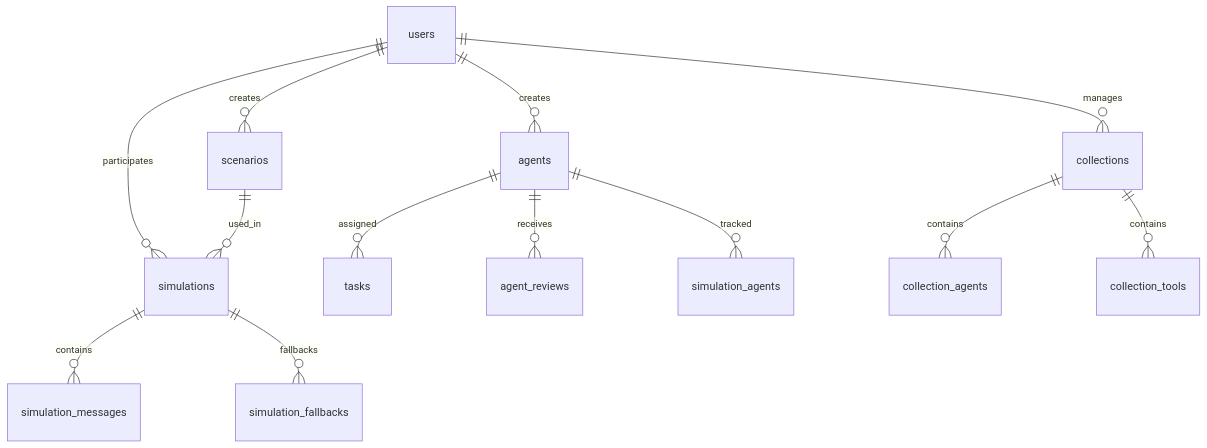
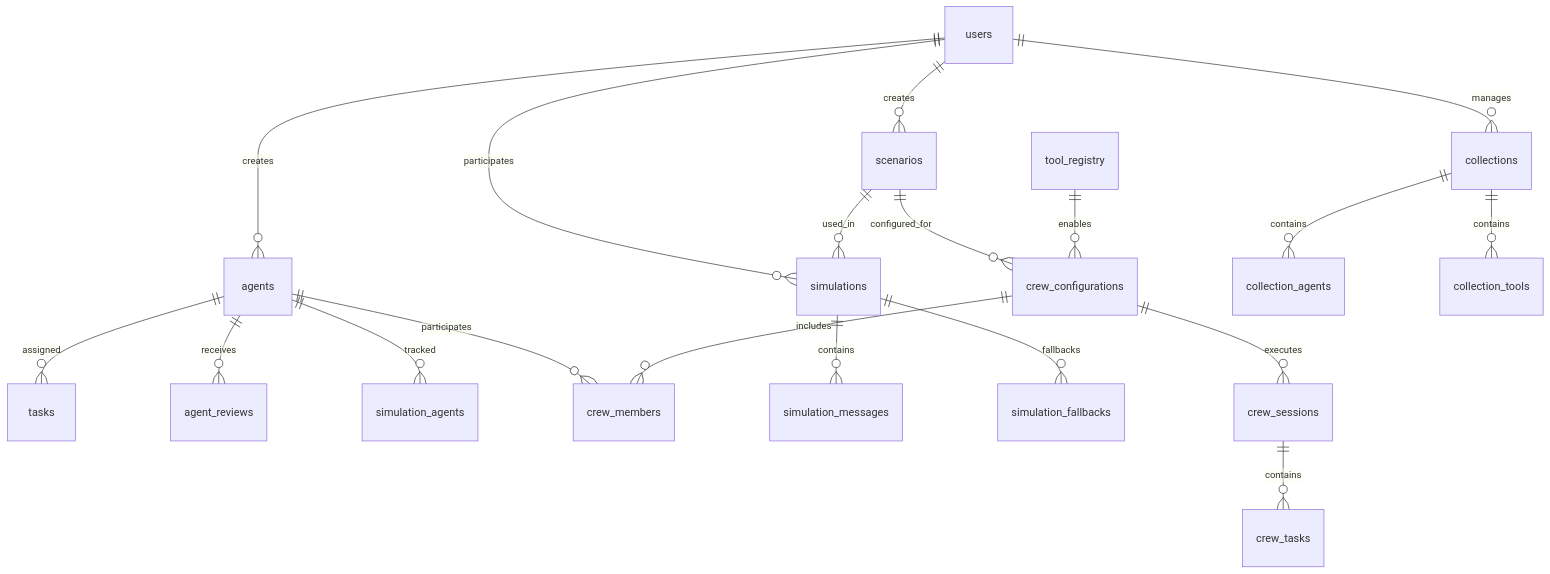
Before and after one commit to Sbcoit/forked-ai-agent-education-platform: the second of 5 diagrams in backend/docs/architecture/README.md, drawn with Mermaid. The commit also changed other lines of this file and 21 other files, not shown here.

First line of the commit message:
Major Architecture Update: CrewAI Alignment & Database Fixes

````diff
--- a/backend/docs/architecture/README.md
+++ b/backend/docs/architecture/README.md
@@ -123,18 +133,27 @@
 ```mermaid
 erDiagram
     users ||--o{ agents : creates
     users ||--o{ scenarios : creates
     users ||--o{ simulations : participates
     users ||--o{ collections : manages
     
     agents ||--o{ tasks : assigned
     agents ||--o{ agent_reviews : receives
     agents ||--o{ simulation_agents : tracked
+    agents ||--o{ crew_members : participates
     
     scenarios ||--o{ simulations : used_in
+    scenarios ||--o{ crew_configurations : configured_for
+    
     simulations ||--o{ simulation_messages : contains
     simulations ||--o{ simulation_fallbacks : fallbacks
+    
+    crew_configurations ||--o{ crew_members : includes
+    crew_configurations ||--o{ crew_sessions : executes
+    crew_sessions ||--o{ crew_tasks : contains
+    
+    tool_registry ||--o{ crew_configurations : enables
     
     collections ||--o{ collection_agents : contains
     collections ||--o{ collection_tools : contains
 ```
````
